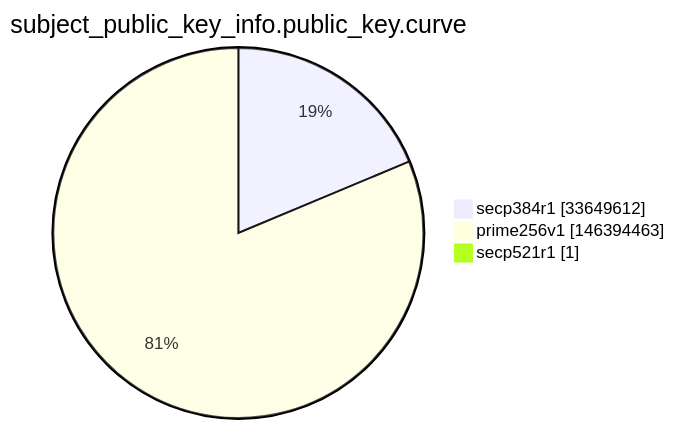
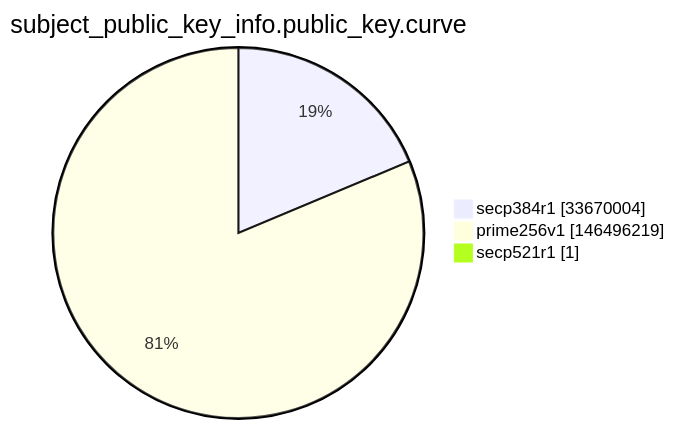
The ninth of 15 diagrams in argon2022/README.md (christiankrug/ctmonitor_visualization), drawn with Mermaid before and after one commit. The commit also changed other lines of this file, not shown here.

````diff
--- a/argon2022/README.md
+++ b/argon2022/README.md
@@ -2764,7 +2764,7 @@
 ```mermaid
 pie showData
 title subject_public_key_info.public_key.curve
-"secp384r1" :33649612
-"prime256v1" :146394463
+"secp384r1" :33670004
+"prime256v1" :146496219
 "secp521r1" :1
 ```
````
